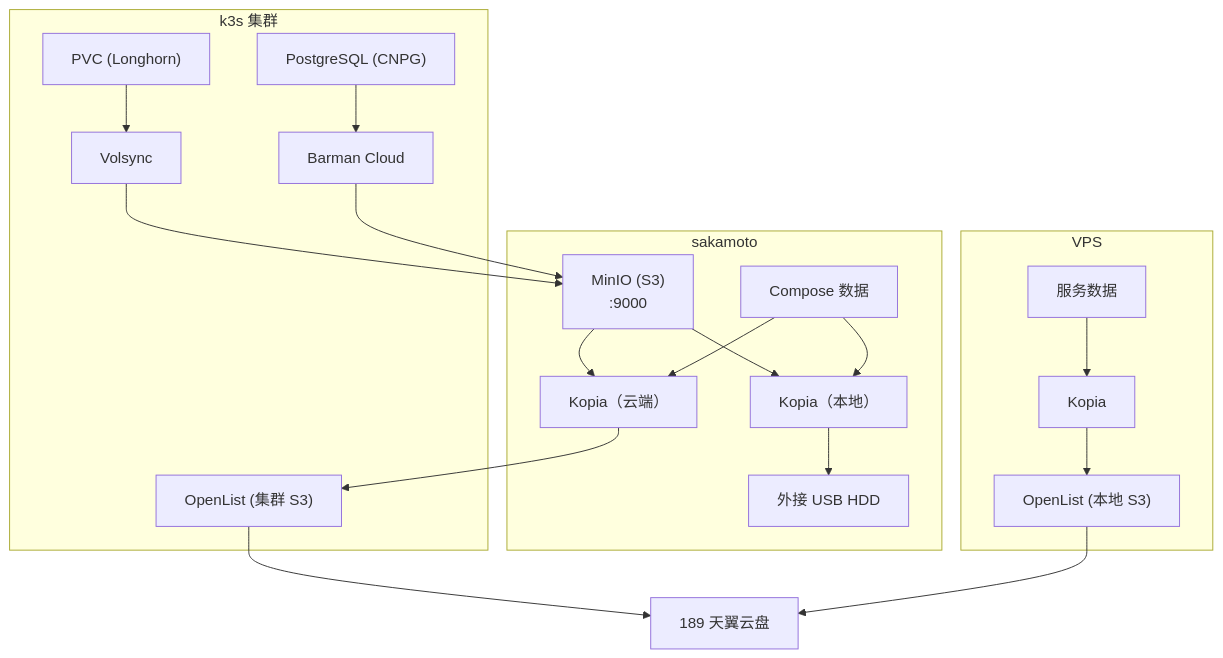
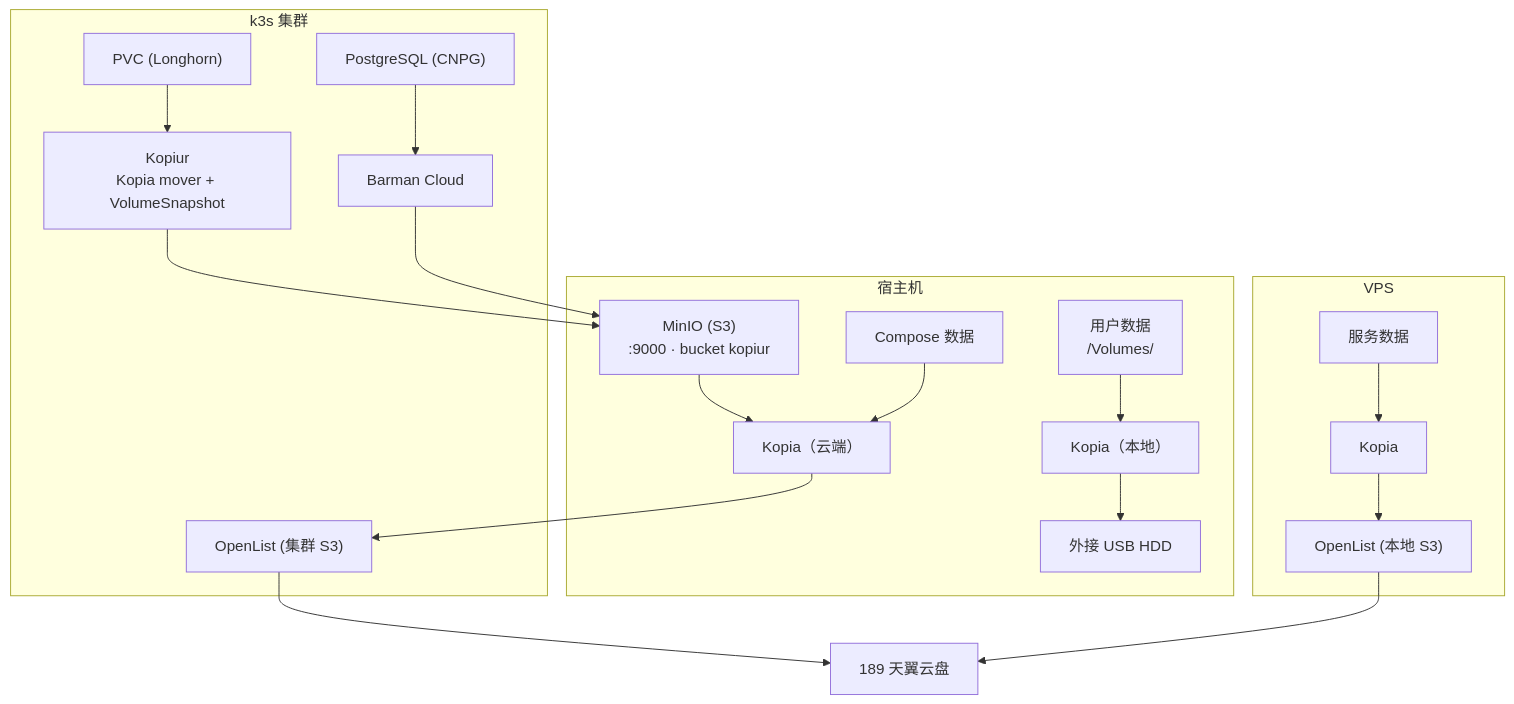
The eighth of 9 diagrams in docs/ARCHITECTURE.md (shelken/home-ops), drawn with Mermaid before and after one commit. The commit also changed other lines of this file and 1 other file, not shown here.

First line of the commit message:
docs(architecture): 统一集群全景架构动态图与文档并完成脱敏 (#1578)

````diff
--- a/docs/ARCHITECTURE.md
+++ b/docs/ARCHITECTURE.md
@@ -382,44 +396,44 @@
 ```mermaid
 graph TB
     subgraph K8S["k3s 集群"]
         PVC["PVC (Longhorn)"]
         PG["PostgreSQL (CNPG)"]
-        Volsync["Volsync"]
+        Kopiur["Kopiur<br/>Kopia mover + VolumeSnapshot"]
         Barman["Barman Cloud"]
         Cluster_OpenList["OpenList (集群 S3)"]
     end
 
-    subgraph SAKA_BACKUP["sakamoto"]
-        MinIO["MinIO (S3)<br/>:9000"]
+    subgraph SAKA_BACKUP["宿主机"]
+        MinIO["MinIO (S3)<br/>:9000 · bucket kopiur"]
         COMPOSE_Data["Compose 数据"]
+        USER_Data["用户数据<br/>/Volumes/<USER_DATA>"]
         SAKA_Kopia["Kopia（云端）"]
         SAKA_Kopia_Local["Kopia（本地）"]
         USB_HDD["外接 USB HDD"]
     end
 
     subgraph VPS_BACKUP["VPS"]
         VPS_Data["服务数据"]
         VPS_Kopia["Kopia"]
         VPS_OpenList["OpenList (本地 S3)"]
     end
 
     Cloud["189 天翼云盘"]
 
-    PVC --> Volsync
+    PVC --> Kopiur
     PG --> Barman
-    Volsync --> MinIO
+    Kopiur --> MinIO
     Barman --> MinIO
 
     MinIO --> SAKA_Kopia
     COMPOSE_Data --> SAKA_Kopia
     SAKA_Kopia --> Cluster_OpenList
     Cluster_OpenList --> Cloud
 
-    MinIO --> SAKA_Kopia_Local
-    COMPOSE_Data --> SAKA_Kopia_Local
+    USER_Data --> SAKA_Kopia_Local
     SAKA_Kopia_Local --> USB_HDD
 
     VPS_Data --> VPS_Kopia
     VPS_Kopia --> VPS_OpenList
     VPS_OpenList --> Cloud
 ```
````
